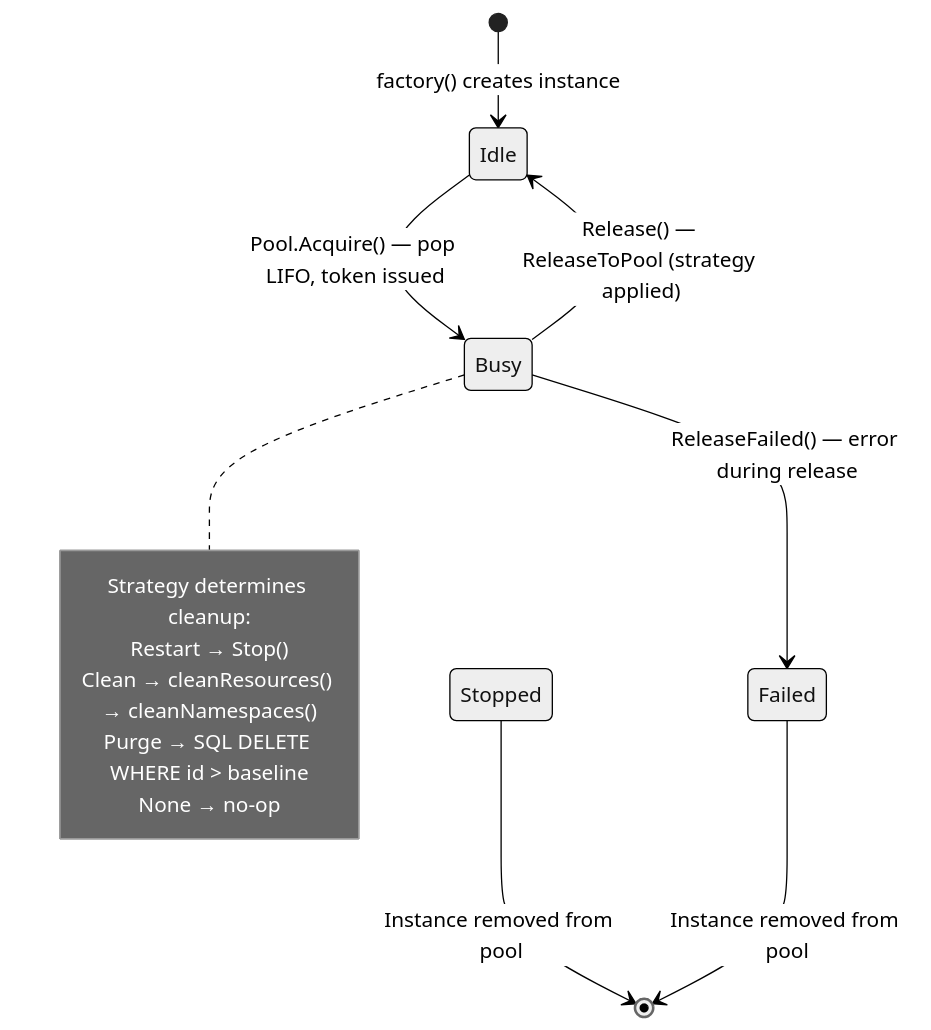
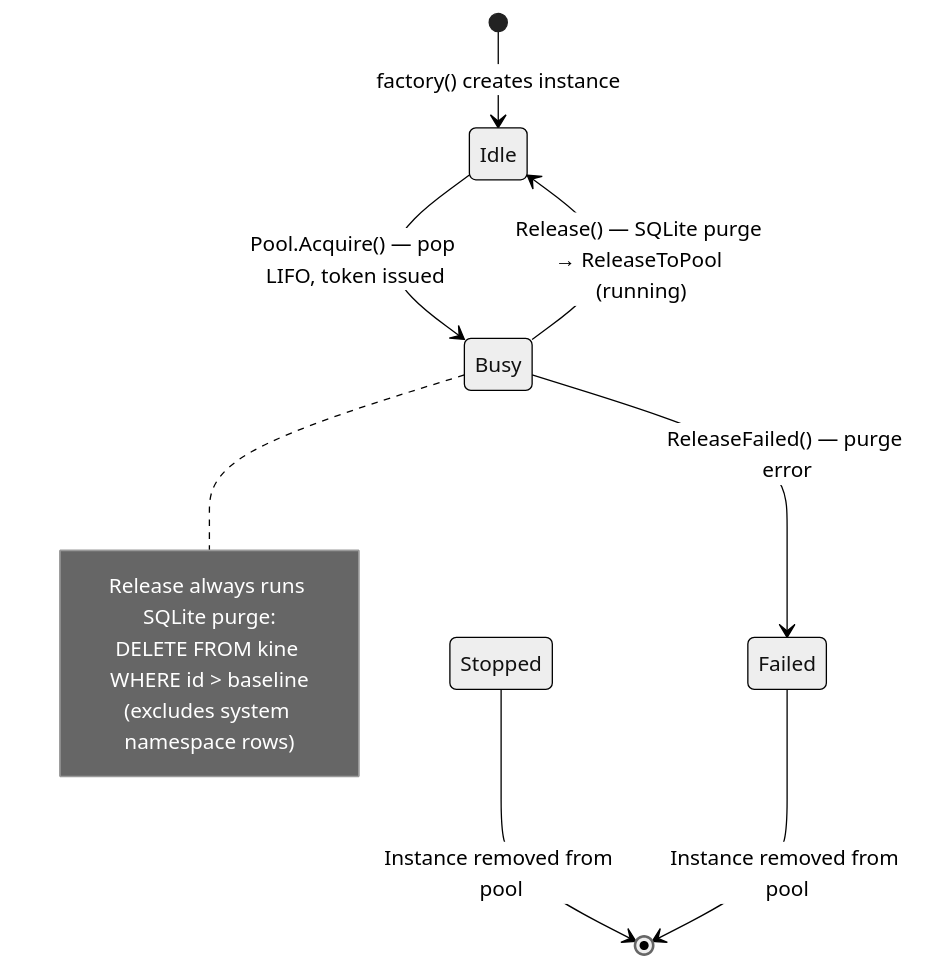
The fourth of 4 diagrams in docs/CODEBASE_MAP.md (giantswarm/k8senv), drawn with Mermaid (neutral theme) before and after one commit. The commit also changed other lines of this file and 1 other file, not shown here.

First line of the commit message:
docs: update codebase map and CLAUDE.md for strategy removal refactor

````diff
--- a/docs/CODEBASE_MAP.md
+++ b/docs/CODEBASE_MAP.md
@@ -741,17 +683,15 @@
 ```mermaid
 stateDiagram-v2
     [*] --> Idle: factory() creates instance
     Idle --> Busy: Pool.Acquire() — pop LIFO, token issued
-    Busy --> Idle: Release() — ReleaseToPool (strategy applied)
-    Busy --> Failed: ReleaseFailed() — error during release
+    Busy --> Idle: Release() — SQLite purge → ReleaseToPool (running)
+    Busy --> Failed: ReleaseFailed() — purge error
     Stopped --> [*]: Instance removed from pool
     Failed --> [*]: Instance removed from pool
 
     note right of Busy
-        Strategy determines cleanup:
-        Restart → Stop()
-        Clean → cleanResources() → cleanNamespaces()
-        Purge → SQL DELETE WHERE id > baseline
-        None → no-op
+        Release always runs SQLite purge:
+        DELETE FROM kine WHERE id > baseline
+        (excludes system namespace rows)
     end note
 ```
````
